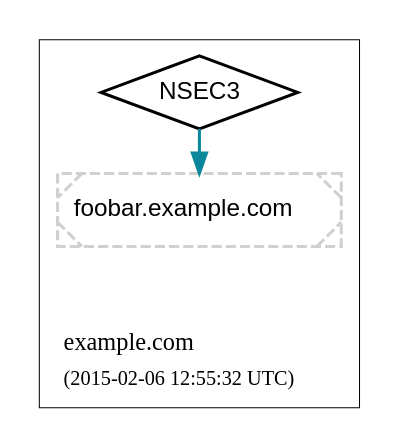
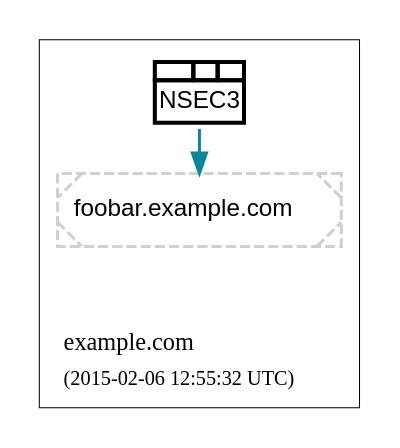
Before and after one commit to dnsviz/dnsviz: the diagram in doc/dot/nsec3.dot, drawn with Graphviz. The commit also changed 23 other files, not shown here.

```diff
--- a/doc/dot/nsec3.dot
+++ b/doc/dot/nsec3.dot
@@ -1,28 +1,33 @@
 digraph {
   graph [compound=true, rankdir=BT, ranksep=0.3];
 	node [label="\N",
 		penwidth=1.5
 	];
 	edge [penwidth=1.5];
 
   subgraph "cluster_example.com" {
 		graph [label=<<TABLE BORDER="0"><TR><TD ALIGN="LEFT"><FONT POINT-SIZE="12">example.com</FONT></TD></TR><TR><TD ALIGN="LEFT"><FONT POINT-SIZE="10">(2015-02-06 12:55:32 UTC)</FONT></TD></TR></TABLE>>,
 				labeljust=l,
 				penwidth=0.5
 		];
 		"cluster_example.com_top" [shape=point, style=invis];
 		"cluster_example.com_bottom" [shape=point, style=invis];
     "RRset-0|foobar.example.com|A" [color="#d0d0d0",
 						fillcolor="#ffffff",
 						label=<<FONT POINT-SIZE="12" FACE="Helvetica">foobar.example.com</FONT>>,
 						shape=rectangle,
 						style="rounded,filled,dashed,diagonals"];
 		"NSEC3-0|foobar.example.com|A" [color="#000000",
 						fillcolor="#ffffff",
-						label=<<FONT POINT-SIZE="12" FACE="Helvetica">NSEC3</FONT>>,
-						shape=diamond,
+            label=<<TABLE COLOR="#000000" BORDER="0" CELLSPACING="-2" CELLPADDING="0" BGCOLOR="#ffffff"><TR>
+<TD PORT="nsec1" BORDER="2"><FONT POINT-SIZE="6"> </FONT></TD>
+<TD PORT="nsec2" BORDER="2"><FONT POINT-SIZE="6"> </FONT></TD>
+<TD PORT="nsec3" BORDER="2"><FONT POINT-SIZE="6"> </FONT></TD>
+</TR><TR><TD COLSPAN="3" BORDER="2" CELLPADDING="3"><FONT POINT-SIZE="12" FACE="Helvetica">NSEC3</FONT></TD></TR>
+</TABLE>>,
+						shape=none,
 						style=filled];
   }
 	"cluster_example.com_bottom" -> "RRset-0|foobar.example.com|A" [style=invis];
 	"RRset-0|foobar.example.com|A" -> "NSEC3-0|foobar.example.com|A" [color="#0a879a", dir=back, style=solid];
 }
```
